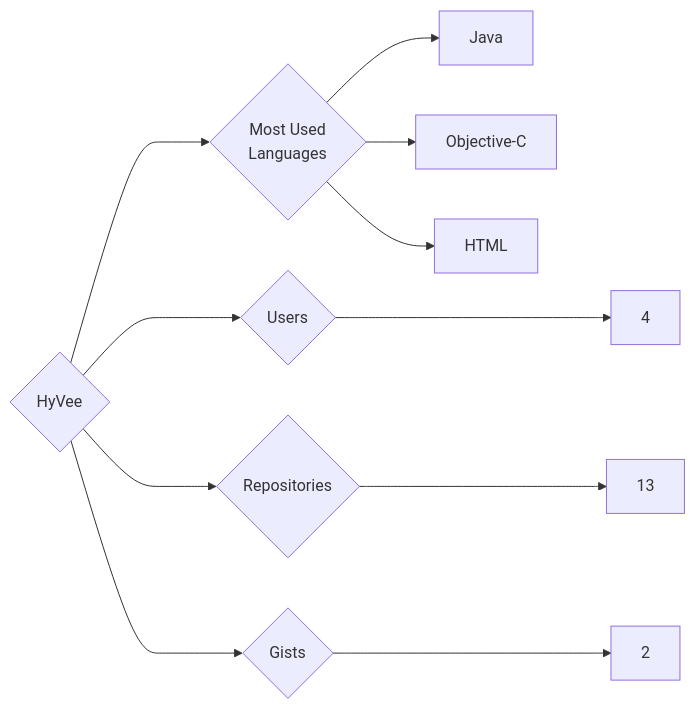
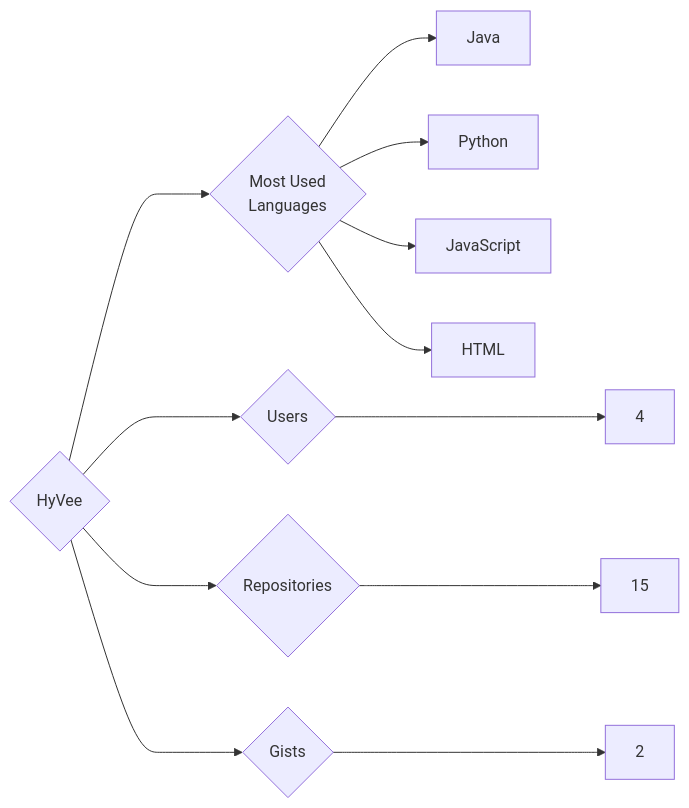
Before and after one commit to trickest/insiders: the diagram in targets/HyVee/README.md, drawn with Mermaid. The commit also changed 993 other files, not shown here.

````diff
--- a/targets/HyVee/README.md
+++ b/targets/HyVee/README.md
@@ -3,11 +3,12 @@
 ```mermaid
 graph LR
 COMPANY_NAME{HyVee}
 COMPANY_NAME ---> U{Users} ---> UN[4]
-COMPANY_NAME ---> R{Repositories} ---> RN[13]
+COMPANY_NAME ---> R{Repositories} ---> RN[15]
 COMPANY_NAME ---> G{Gists} ---> GN[2]
 COMPANY_NAME ---> ML{Most Used<br>Languages}
 ML --> Java[Java]
-ML --> Objective-C[Objective-C]
+ML --> Python[Python]
+ML --> JavaScript[JavaScript]
 ML --> HTML[HTML]
 ```
````
